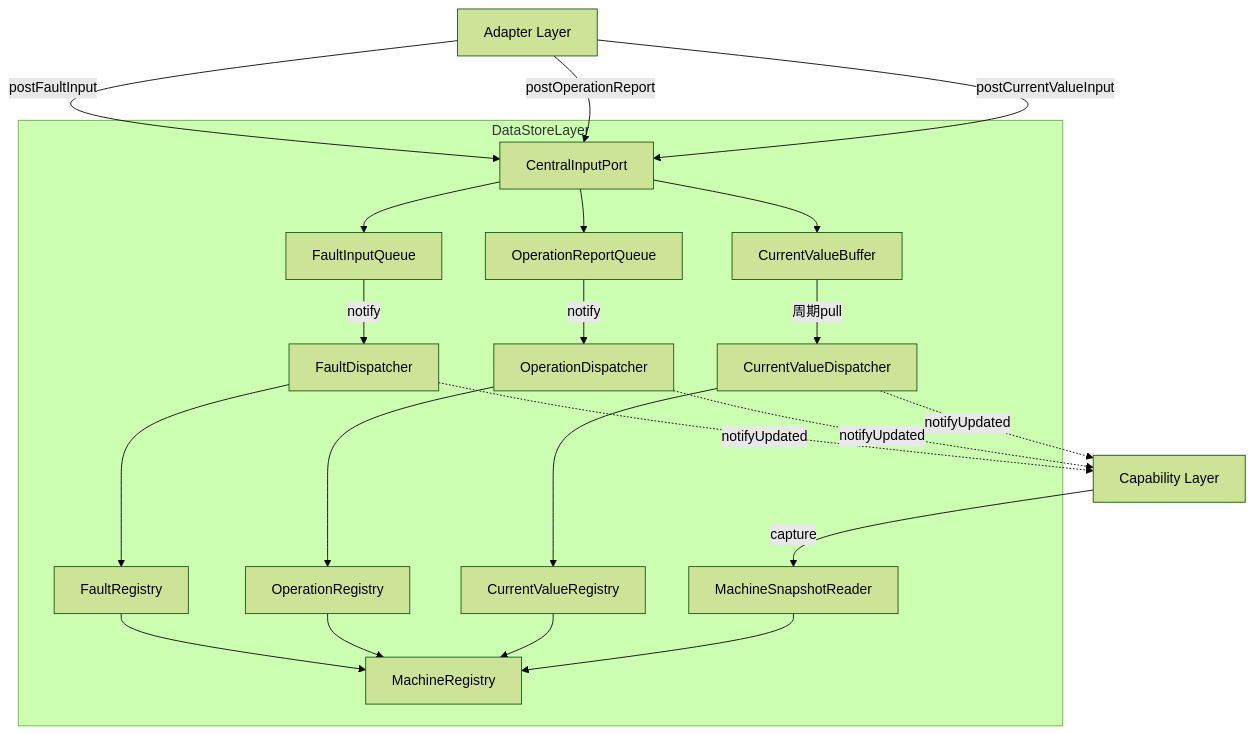
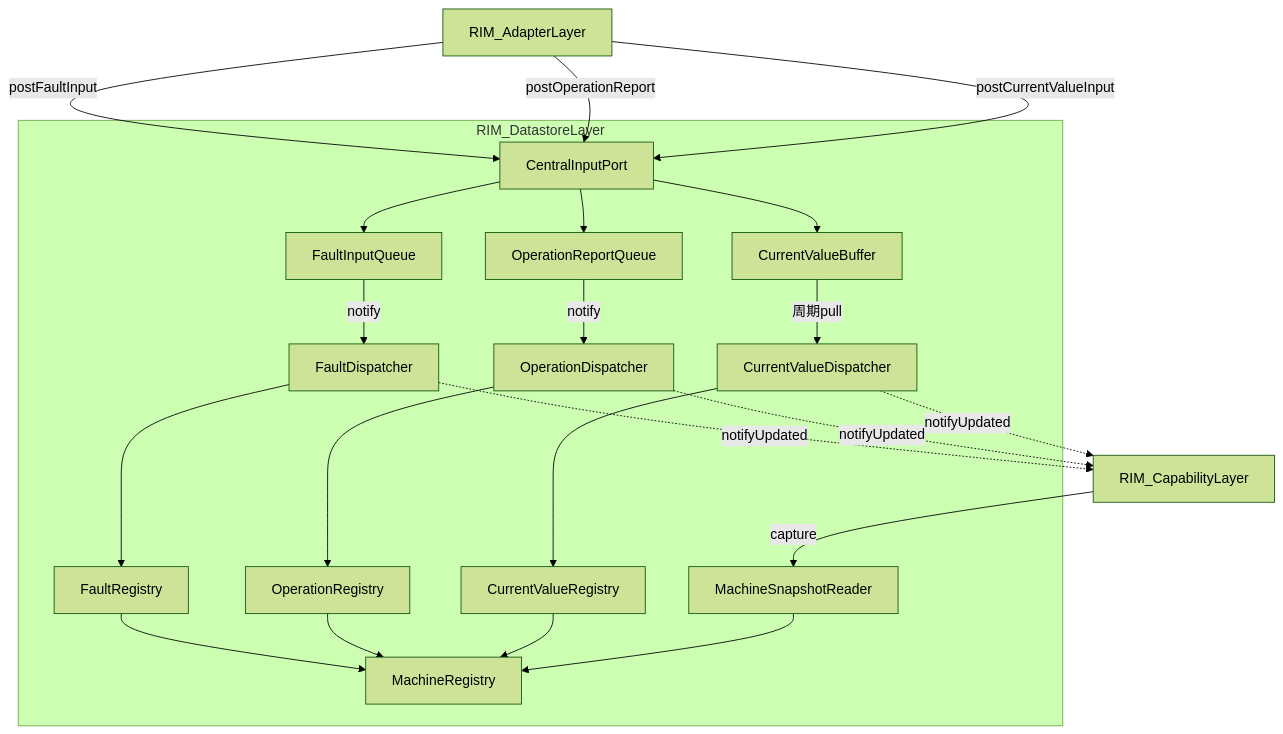
One commit to ceedling-vxworks-test-generator/printer-fw changed the first of 4 diagrams in ex/DataStore/DataStoreLayer詳細設計書.md. Above: the diagram before and after it, drawn with Mermaid (forest theme). The commit also changed other lines of this file and 34 other files, not shown here.

````diff
--- a/ex/DataStore/DataStoreLayer詳細設計書.md
+++ b/ex/DataStore/DataStoreLayer詳細設計書.md
@@ -16,52 +16,52 @@
 ```mermaid
 flowchart TB
-    Adapter[Adapter Layer]
+    Adapter[RIM_AdapterLayer]
 
-    subgraph DataStoreLayer
+    subgraph RIM_DatastoreLayer
         CIP[CentralInputPort]
 
         FQ[FaultInputQueue]
         OQ[OperationReportQueue]
         CB[CurrentValueBuffer]
 
         FD[FaultDispatcher]
         OD[OperationDispatcher]
         CD[CurrentValueDispatcher]
 
         FR[FaultRegistry]
         OR[OperationRegistry]
         CR[CurrentValueRegistry]
 
         MR[MachineRegistry]
         MSR[MachineSnapshotReader]
     end
 
-    Cap[Capability Layer]
+    Cap[RIM_CapabilityLayer]
 
     Adapter -->|postFaultInput| CIP
     Adapter -->|postOperationReport| CIP
     Adapter -->|postCurrentValueInput| CIP
 
     CIP --> FQ
     CIP --> OQ
     CIP --> CB
 
     FQ -->|notify| FD
     OQ -->|notify| OD
     CB -->|周期pull| CD
 
     FD --> FR
     OD --> OR
     CD --> CR
 
     FR --> MR
     OR --> MR
     CR --> MR
 
     FD -. notifyUpdated .-> Cap
     OD -. notifyUpdated .-> Cap
     CD -. notifyUpdated .-> Cap
 
     Cap -->|capture| MSR
     MSR --> MR
 ```
````
